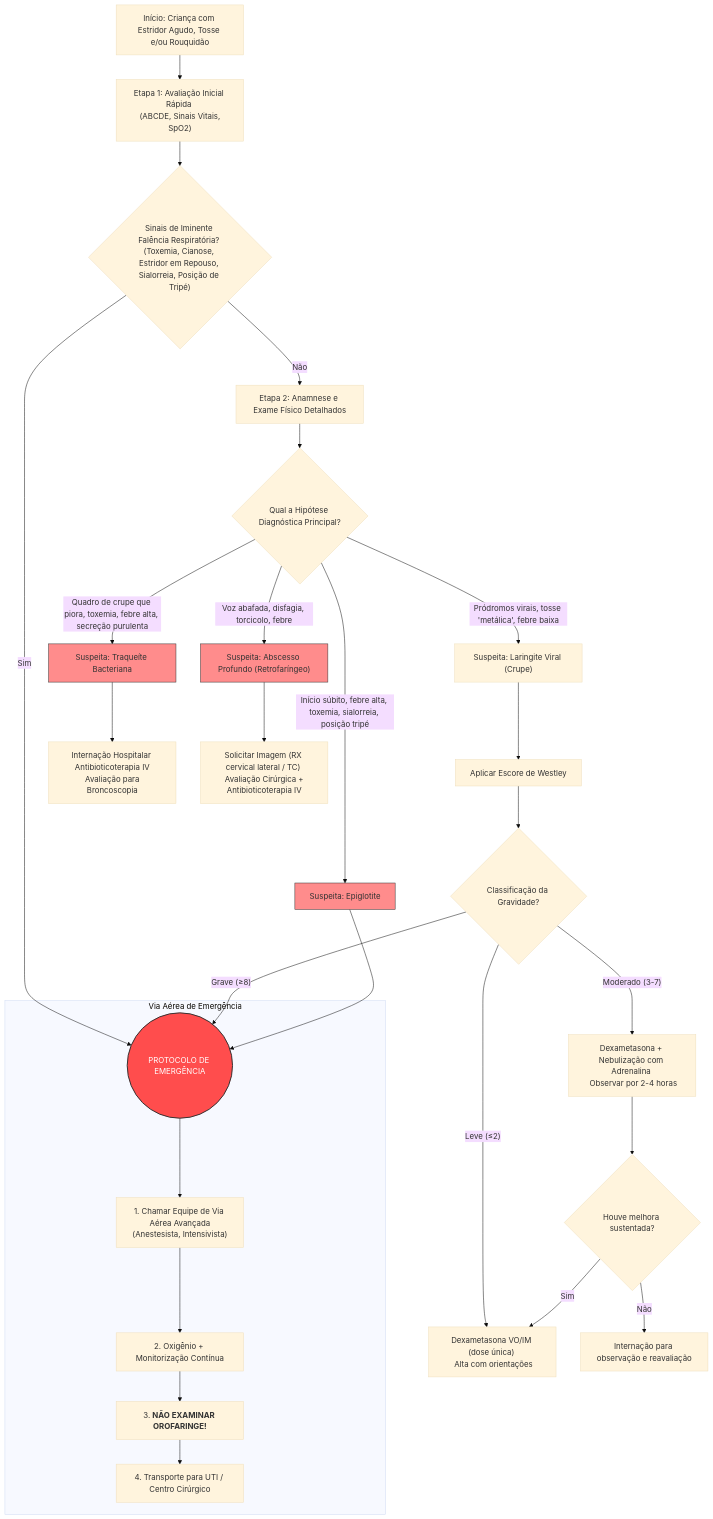
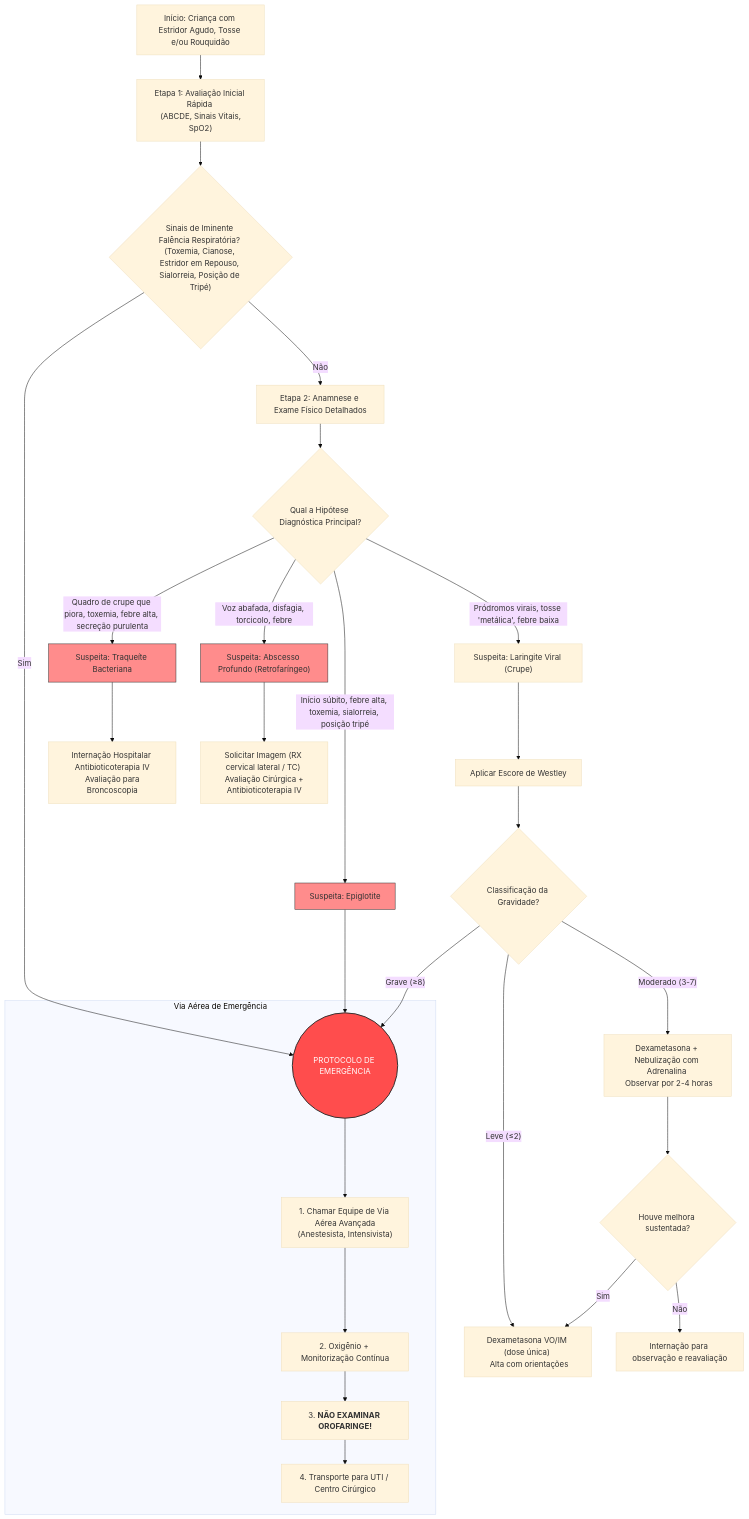
One commit to TiagoAlbuquerque/Anotacoes changed the diagram in README.md. Above: the diagram before and after it, drawn with Mermaid (base theme).

````diff
--- a/README.md
+++ b/README.md
@@ -1,43 +1,45 @@
 ```mermaid
 graph TD
     A["Início: Criança com Estridor Agudo, Tosse e/ou Rouquidão"] --> B["Etapa 1: Avaliação Inicial Rápida <br/> (ABCDE, Sinais Vitais, SpO2)"];
     
     B --> C{"Sinais de Iminente Falência Respiratória? <br/>(Toxemia, Cianose, Estridor em Repouso, Sialorreia, Posição de Tripé)"};
     
     C -- Sim --> D((PROTOCOLO DE EMERGÊNCIA));
     
     subgraph "Via Aérea de Emergência"
         D --> D1["1. Chamar Equipe de Via Aérea Avançada<br/>(Anestesista, Intensivista)"];
         D1 --> D2["2. Oxigênio + Monitorização Contínua"];
         D2 --> D3["3. <strong>NÃO EXAMINAR OROFARINGE!</strong>"];
         D3 --> D4["4. Transporte para UTI / Centro Cirúrgico"];
     end
     
     C -- Não --> E["Etapa 2: Anamnese e Exame Físico Detalhados"];
     
     E --> F{"Qual a Hipótese Diagnóstica Principal?"};
     
+    F -- "Quadro de crupe que piora, toxemia, febre alta, secreção purulenta" --> I["Suspeita: Traqueíte Bacteriana"];
     F -- "Pródromos virais, tosse 'metálica', febre baixa" --> G["Suspeita: Laringite Viral (Crupe)"];
+    F -- "Início súbito, febre alta, toxemia, sialorreia, posição tripé" --> H["Suspeita: Epiglotite"];
     G --> G1["Aplicar Escore de Westley"];
     G1 --> G2{"Classificação da Gravidade?"};
     G2 -- "Leve (≤2)" --> G3["Dexametasona VO/IM (dose única) <br/> Alta com orientações"];
     G2 -- "Moderado (3-7)" --> G4["Dexametasona + Nebulização com Adrenalina <br/> Observar por 2-4 horas"];
     G4 --> G5{"Houve melhora sustentada?"};
     G5 -- Sim --> G3;
     G5 -- Não --> G6["Internação para observação e reavaliação"];
+    
+    
+    H --> D;
     G2 -- "Grave (≥8)" --> D;
 
-    F -- "Início súbito, febre alta, toxemia, sialorreia, posição tripé" --> H["Suspeita: Epiglotite"];
-    H --> D;
     
-    F -- "Quadro de crupe que piora, toxemia, febre alta, secreção purulenta" --> I["Suspeita: Traqueíte Bacteriana"];
     I --> I1["Internação Hospitalar <br/> Antibioticoterapia IV <br/> Avaliação para Broncoscopia"];
     
     F -- "Voz abafada, disfagia, torcicolo, febre" --> J["Suspeita: Abscesso Profundo (Retrofaríngeo)"];
     J --> J1["Solicitar Imagem (RX cervical lateral / TC) <br/> Avaliação Cirúrgica + Antibioticoterapia IV"];
 
     style D fill:#ff4d4d,stroke:#333,stroke-width:2px,color:#fff
     style H fill:#ff8c8c,stroke:#333
     style I fill:#ff8c8c,stroke:#333
     style J fill:#ff8c8c,stroke:#333
 ```
````
